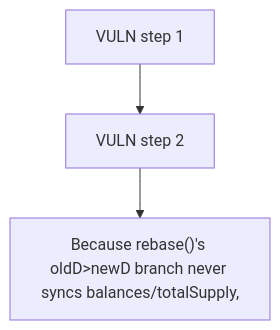
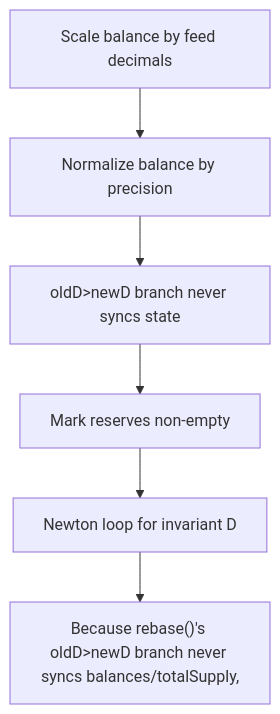
One commit to sanbir/evm-hack-registry changed the diagram in 62662-buffer-drainage-through-repeated-rebase-calls-due-to-stale-s_exp/62662-buffer-drainage-through-repeated-rebase-calls-due-to-stale-s_exp.md. Above: the diagram before and after it, drawn with Mermaid. The commit also changed other lines of this file and 79 other files, not shown here.

````diff
--- a/62662-buffer-drainage-through-repeated-rebase-calls-due-to-stale-s_exp/62662-buffer-drainage-through-repeated-rebase-calls-due-to-stale-s_exp.md
+++ b/62662-buffer-drainage-through-repeated-rebase-calls-due-to-stale-s_exp/62662-buffer-drainage-through-repeated-rebase-calls-due-to-stale-s_exp.md
@@ -28,8 +28,14 @@
 ```mermaid
 flowchart TD
-  S0["VULN step 1"]
-  S1["VULN step 2"]
+  S0["Scale balance by feed decimals"]
+  S1["Normalize balance by precision"]
+  S2["oldD>newD branch never syncs state"]
+  S3["Mark reserves non-empty"]
+  S4["Newton loop for invariant D"]
   H["Because rebase()'s oldD>newD branch never syncs balances/totalSupply, "]
   S0 --> S1
-  S1 --> H
+  S1 --> S2
+  S2 --> S3
+  S3 --> S4
+  S4 --> H
 ```
````
